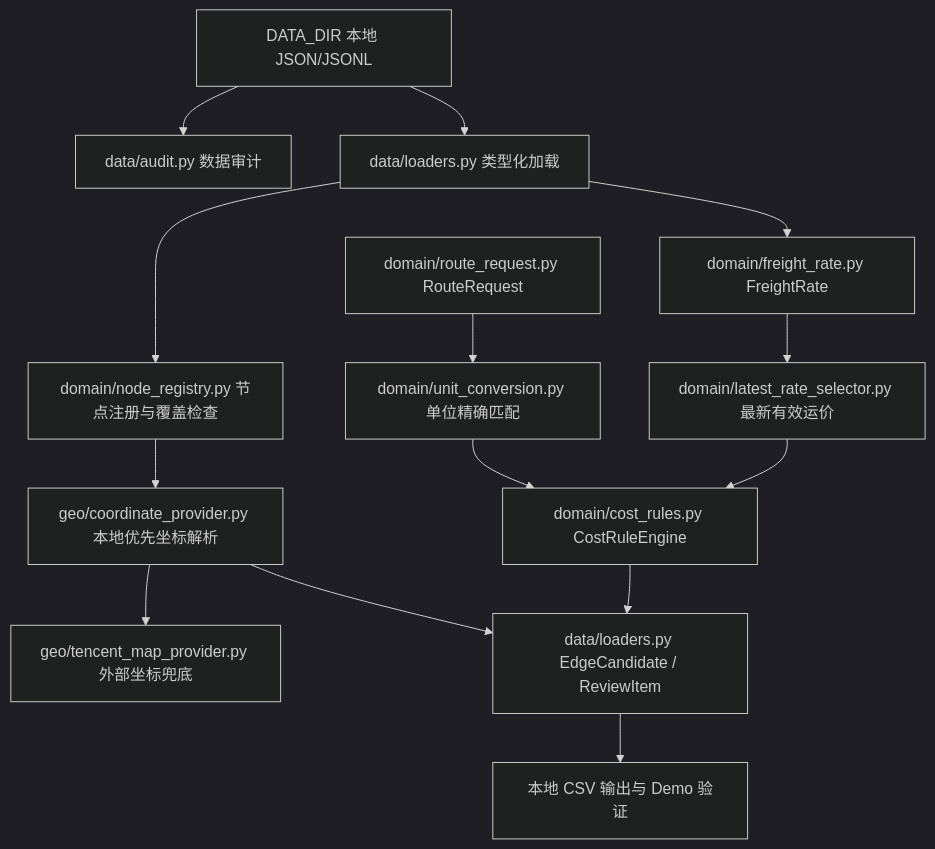
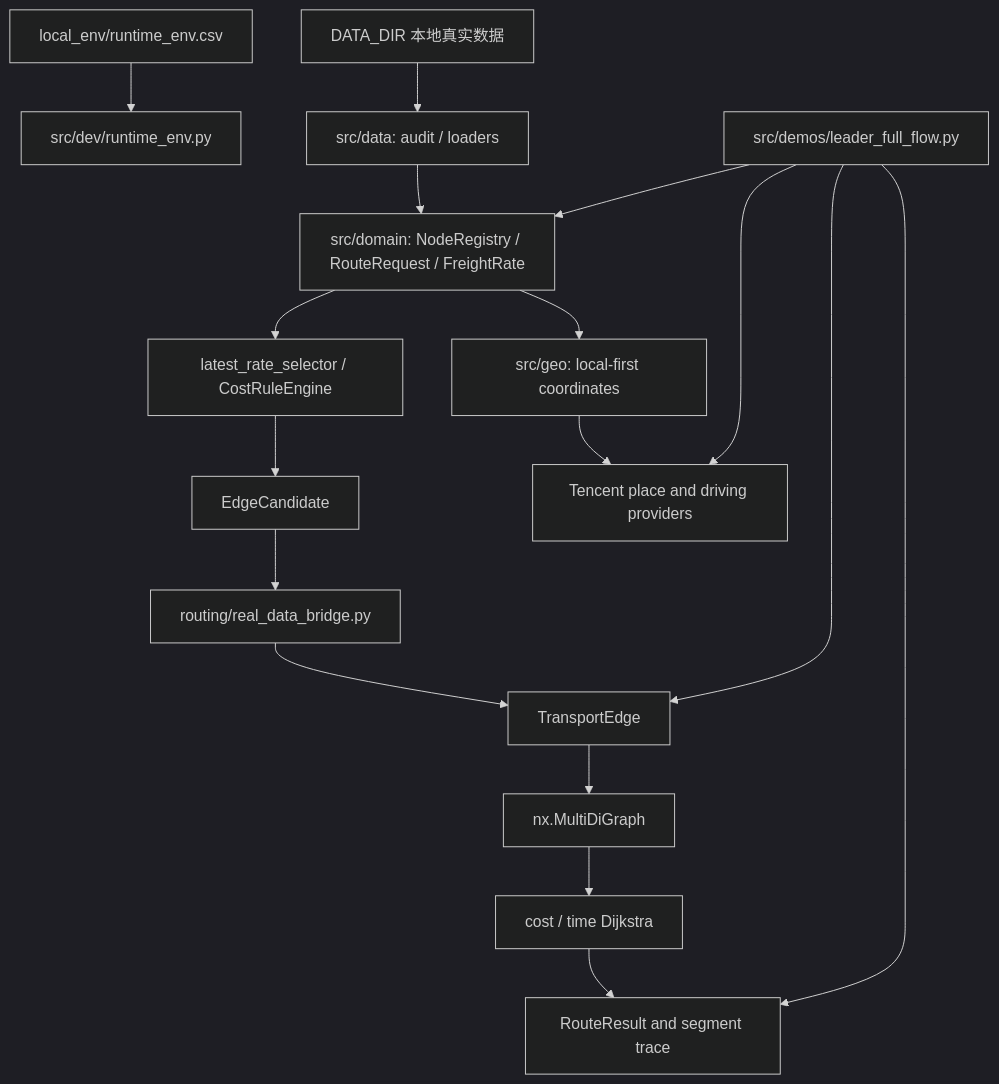
One commit to yumenou92-netizen/From-Port-to-Factory-A-Project-on-Transport-Route-Inference-Based-on-an-Open-Mapping-Platform changed the diagram in docs/PROJECT_STATE.md. Above: the diagram before and after it, drawn with Mermaid (dark theme). The commit also changed other lines of this file and 29 other files, not shown here.

First line of the commit message:
feat(demo): complete leader full-flow rehearsal

````diff
--- a/docs/PROJECT_STATE.md
+++ b/docs/PROJECT_STATE.md
@@ -19,16 +15,19 @@
 ```mermaid
 flowchart TD
-    A["DATA_DIR 本地 JSON/JSONL"] --> B["data/audit.py 数据审计"]
-    A --> C["data/loaders.py 类型化加载"]
-    C --> D["domain/node_registry.py 节点注册与覆盖检查"]
-    D --> E["geo/coordinate_provider.py 本地优先坐标解析"]
-    E --> F["geo/tencent_map_provider.py 外部坐标兜底"]
-    C --> G["domain/freight_rate.py FreightRate"]
-    G --> H["domain/latest_rate_selector.py 最新有效运价"]
-    I["domain/route_request.py RouteRequest"] --> J["domain/unit_conversion.py 单位精确匹配"]
-    H --> K["domain/cost_rules.py CostRuleEngine"]
-    J --> K
-    K --> L["data/loaders.py EdgeCandidate / ReviewItem"]
-    E --> L
-    L --> M["本地 CSV 输出与 Demo 验证"]
+    A["local_env/runtime_env.csv"] --> B["src/dev/runtime_env.py"]
+    C["DATA_DIR 本地真实数据"] --> D["src/data: audit / loaders"]
+    D --> E["src/domain: NodeRegistry / RouteRequest / FreightRate"]
+    E --> F["latest_rate_selector / CostRuleEngine"]
+    E --> G["src/geo: local-first coordinates"]
+    G --> H["Tencent place and driving providers"]
+    F --> I["EdgeCandidate"]
+    I --> J["routing/real_data_bridge.py"]
+    J --> K["TransportEdge"]
+    K --> L["nx.MultiDiGraph"]
+    L --> M["cost / time Dijkstra"]
+    M --> N["RouteResult and segment trace"]
+    O["src/demos/leader_full_flow.py"] --> E
+    O --> H
+    O --> K
+    O --> N
 ```
````
